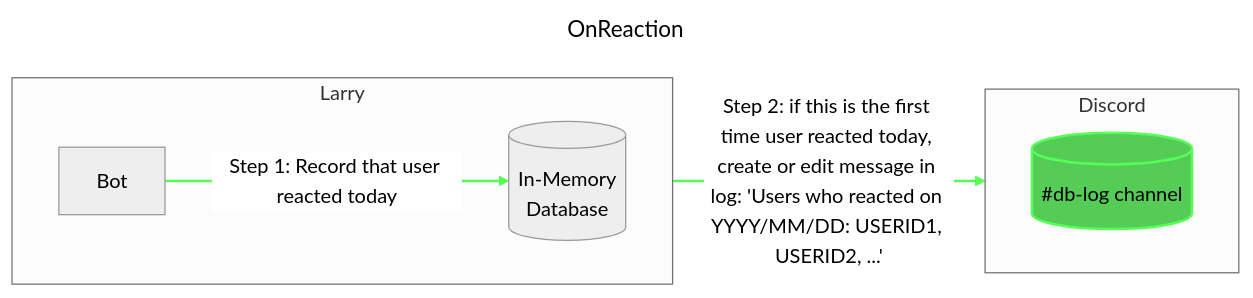
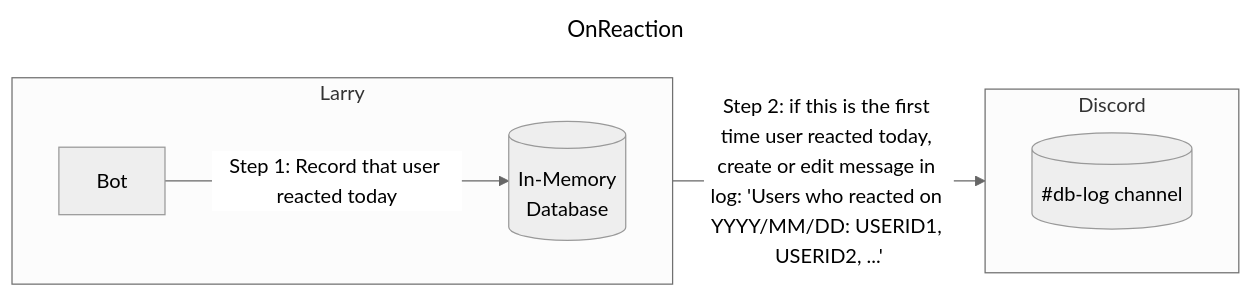
Before and after one commit to regenerativeag/tools: the fifth of 5 diagrams in active-member-discord-bot/docs/database-design.md, drawn with Mermaid (neutral theme). The commit also changed other lines of this file, not shown here.

````diff
--- a/active-member-discord-bot/docs/database-design.md
+++ b/active-member-discord-bot/docs/database-design.md
@@ -118,20 +112,17 @@
 ```mermaid
 ---
 title: OnReaction
 ---
 flowchart LR
     subgraph Larry
         direction LR
         bot[Bot]
         idb[(In-Memory <br/> Database)]
         bot-->|Step 1: Record that user reacted today|idb
-        linkStyle 0 stroke:#5f5,stroke-width:2px;
     end
     bot-->|Step 2: if this is the first time user reacted today, create or edit message in log: 'Users who reacted on YYYY/MM/DD: USERID1, USERID2, ...'|log
-    linkStyle 1 stroke:#5f5,stroke-width:2px;
     subgraph Discord
         direction LR
         log[("#db-log" channel)]
-        style log stroke:#5f5,fill:#5c5,stroke-width:2px;
     end
 ```
````
